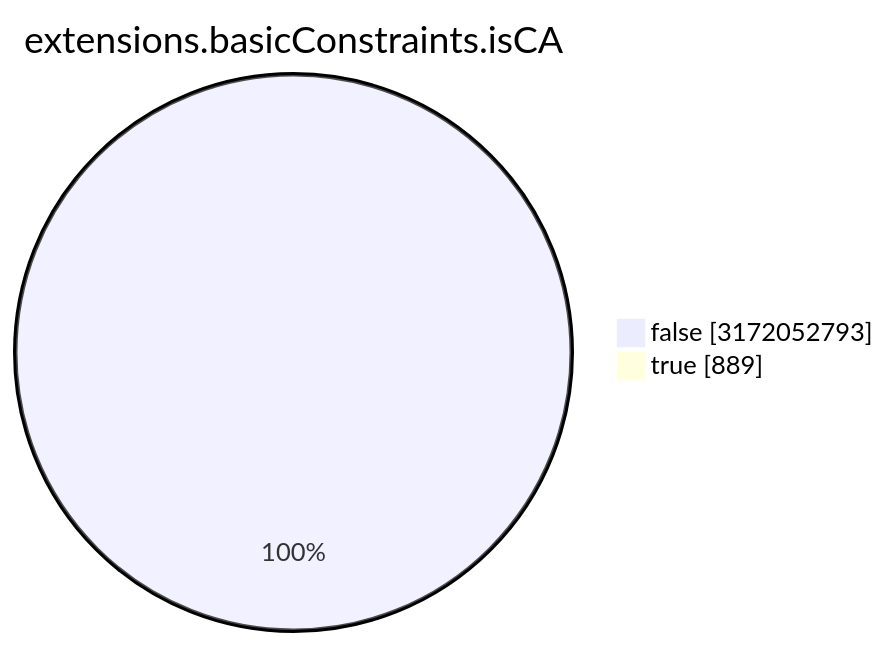
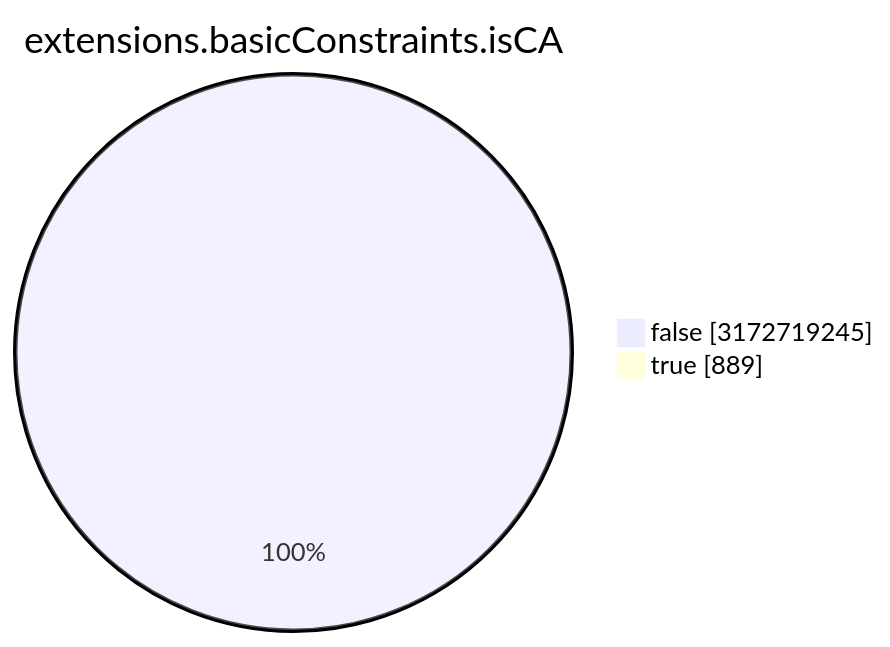
Before and after one commit to christiankrug/ctmonitor_visualization: the seventh of 15 diagrams in TOTAL/README.md, drawn with Mermaid. The commit also changed other lines of this file, not shown here.

````diff
--- a/TOTAL/README.md
+++ b/TOTAL/README.md
@@ -3088,6 +3088,6 @@
 ```mermaid
 pie showData
 title extensions.basicConstraints.isCA
-"false" :3172052793
+"false" :3172719245
 "true" :889
 ```
````
